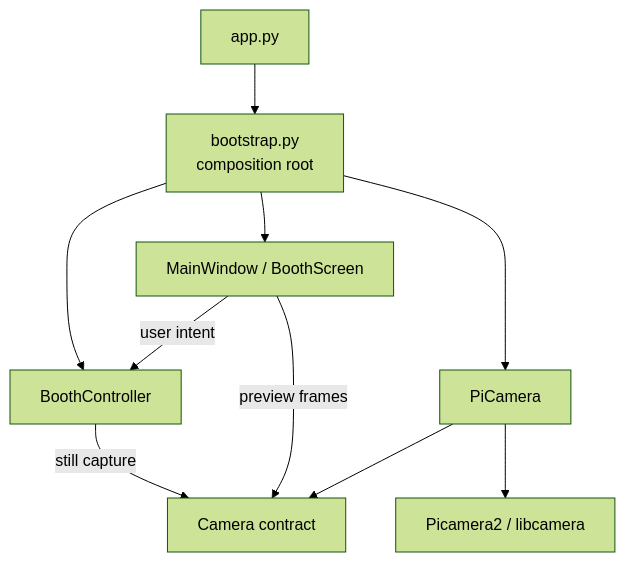
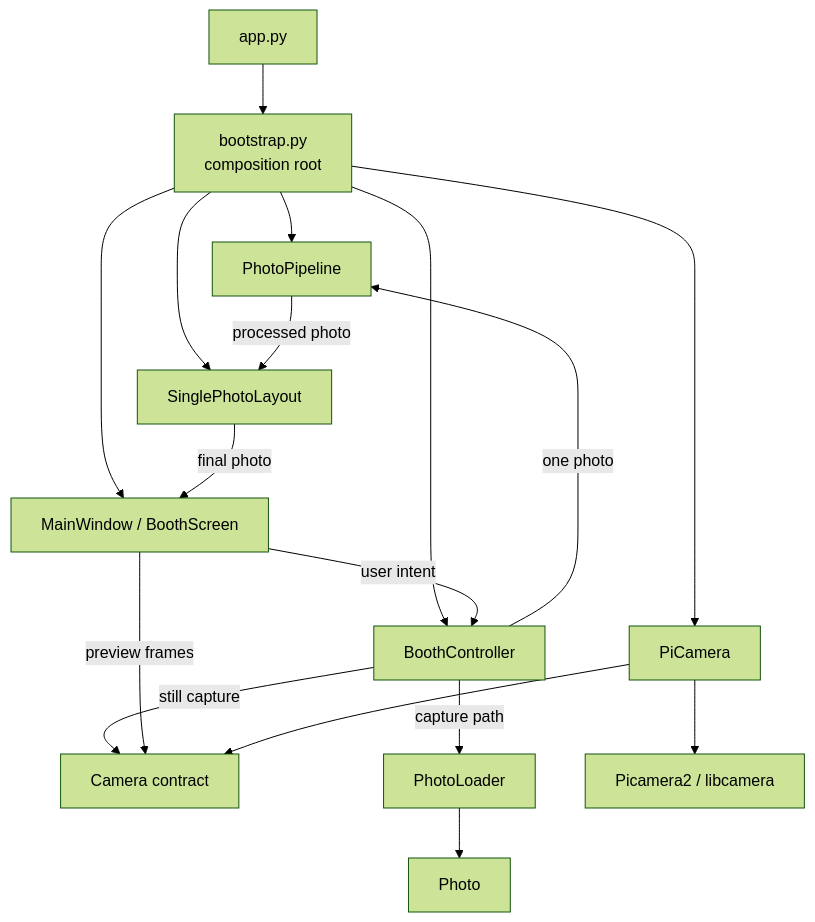
The first of 2 diagrams in docs/architecture/overview.md (djr8nch/piprints), drawn with Mermaid (forest theme) before and after one commit. The commit also changed other lines of this file and 24 other files, not shown here.

Commit message:
Add composable imaging pipeline and layout strategy

````diff
--- a/docs/architecture/overview.md
+++ b/docs/architecture/overview.md
@@ -31,14 +32,21 @@
 ```mermaid
 flowchart TD
     Bootstrap["bootstrap.py<br/>composition root"]
     App["app.py"] --> Bootstrap
     Bootstrap --> CameraImpl["PiCamera"]
+    Bootstrap --> Pipeline["PhotoPipeline"]
+    Bootstrap --> Layout["SinglePhotoLayout"]
     Bootstrap --> Booth["BoothController"]
     Bootstrap --> Window["MainWindow / BoothScreen"]
 
     Window -->|user intent| Booth
     Booth -->|still capture| CameraContract["Camera contract"]
+    Booth -->|capture path| Loader["PhotoLoader"]
+    Loader --> Photo["Photo"]
+    Booth -->|one photo| Pipeline
+    Pipeline -->|processed photo| Layout
+    Layout -->|final photo| Window
     Window -->|preview frames| CameraContract
     CameraImpl --> CameraContract
     CameraImpl --> Driver["Picamera2 / libcamera"]
 ```
````
